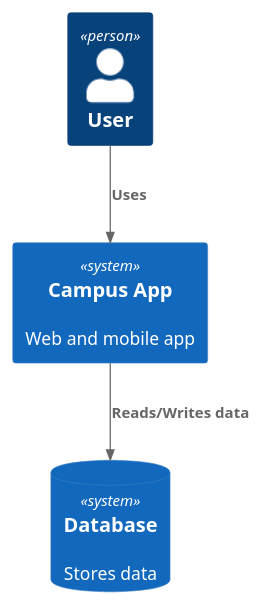
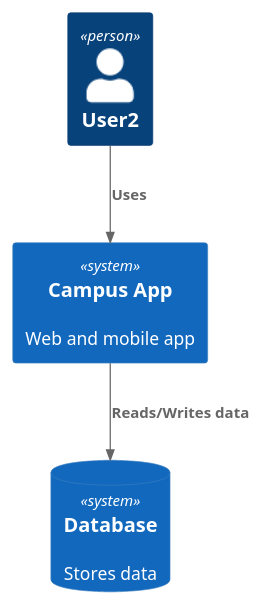
The diagram in docs/architecture/campus-app.puml (MarcelVSHNS/CampusApp), drawn with PlantUML before and after one commit.

Commit message:
Rename user to User2 in campus app diagram

```diff
--- a/docs/architecture/campus-app.puml
+++ b/docs/architecture/campus-app.puml
@@ -1,11 +1,11 @@
 @startuml
 !include https://raw.githubusercontent.com/plantuml-stdlib/C4-PlantUML/master/C4_Context.puml
 
-Person(user, "User")
+Person(user, "User2")
 System(system, "Campus App", "Web and mobile app")
 SystemDb(db, "Database", "Stores data")
 
 Rel(user, system, "Uses")
 Rel(system, db, "Reads/Writes data")
 
 @enduml
```
